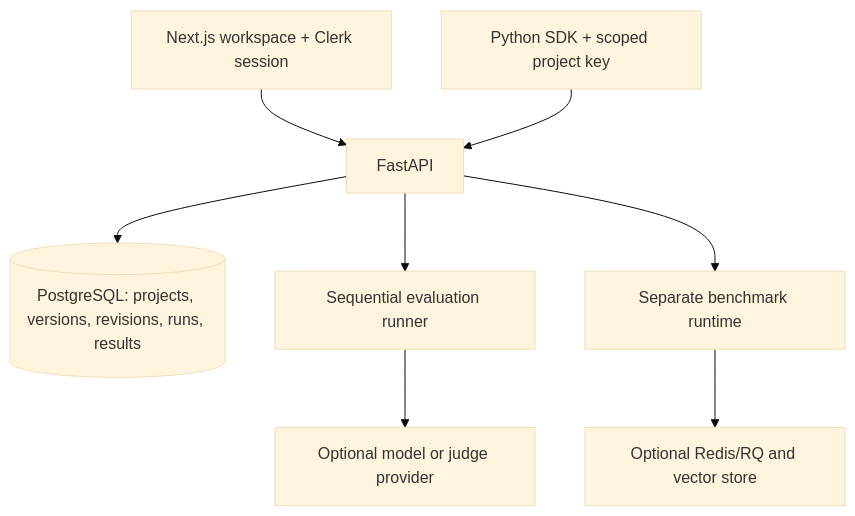
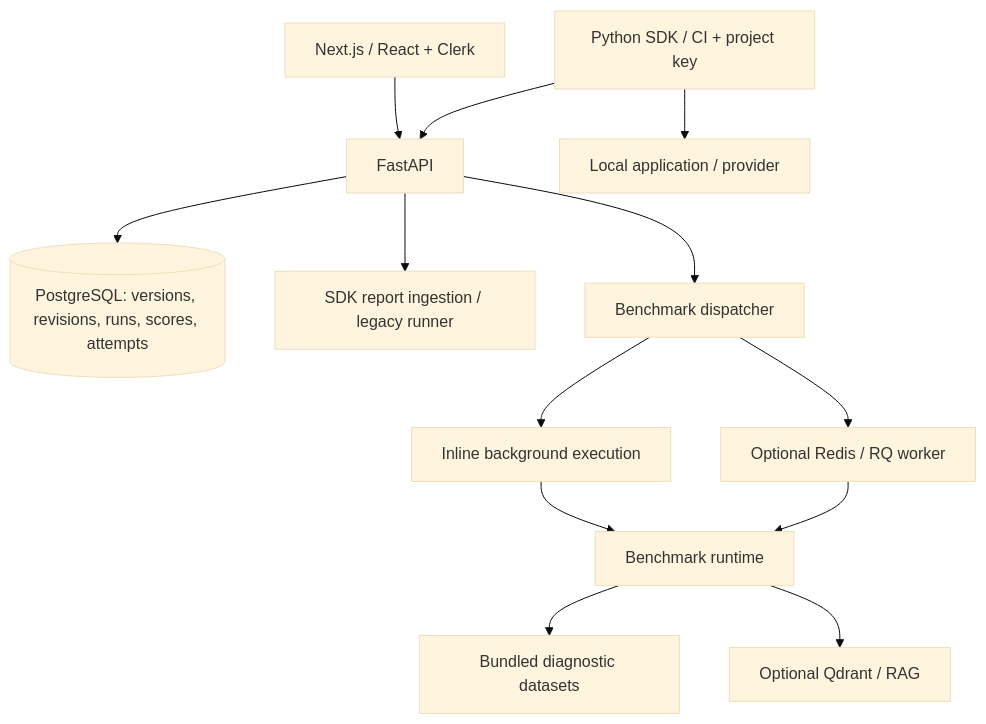
The second of 2 diagrams in README.md (FazlulKarimC/LLM_Forge), drawn with Mermaid (base theme) before and after one commit. The commit also changed other lines of this file and 74 other files, not shown here.

First line of the commit message:
Replace dataset management with local SDK evaluation reports

````diff
--- a/README.md
+++ b/README.md
@@ -96,10 +104,15 @@
 ```mermaid
 flowchart TB
-    Web[Next.js workspace + Clerk session] --> API[FastAPI]
-    SDK[Python SDK + scoped project key] --> API
-    API --> PG[(PostgreSQL: projects, versions, revisions, runs, results)]
-    API --> Runner[Sequential evaluation runner]
-    Runner --> Provider[Optional model or judge provider]
-    API --> Bench[Separate benchmark runtime]
-    Bench --> Queue[Optional Redis/RQ and vector store]
+    Web["Next.js / React + Clerk"] --> API["FastAPI"]
+    SDK["Python SDK / CI + project key"] --> API
+    API --> PG[("PostgreSQL: versions, revisions, runs, scores, attempts")]
+    API --> Eval["SDK report ingestion / legacy runner"]
+    SDK --> Provider["Local application / provider"]
+    API --> Dispatch["Benchmark dispatcher"]
+    Dispatch --> Inline["Inline background execution"]
+    Dispatch --> Queue["Optional Redis / RQ worker"]
+    Inline --> Bench["Benchmark runtime"]
+    Queue --> Bench
+    Bench --> Files["Bundled diagnostic datasets"]
+    Bench --> RAG["Optional Qdrant / RAG"]
 ```
````
